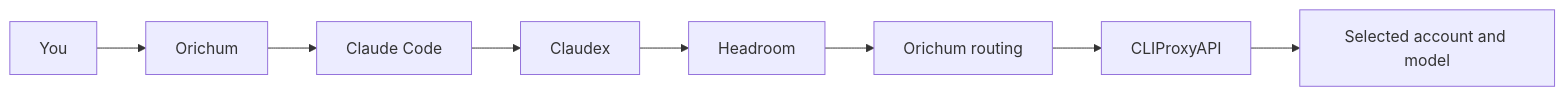
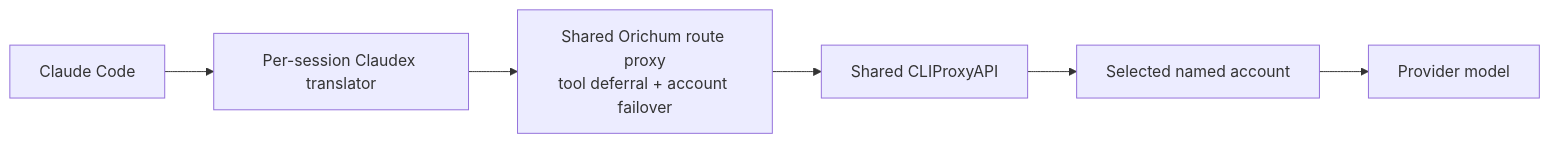
One commit to orichum/claudex-workflow changed the diagram in README.md. Above: the diagram before and after it, drawn with Mermaid. The commit also changed other lines of this file and 7 other files, not shown here.

Commit message:
Document LeanCTX-first tool routing

````diff
--- a/README.md
+++ b/README.md
@@ -220,10 +218,8 @@
 ```mermaid
 flowchart LR
-    U["You"] --> O["Orichum"]
-    O --> C["Claude Code"]
-    C --> X["Claudex"]
-    X --> H["Headroom"]
-    H --> R["Orichum routing"]
-    R --> P["CLIProxyAPI"]
-    P --> M["Selected account and model"]
+    C["Claude Code"] --> X["Per-session Claudex translator"]
+    X --> R["Shared Orichum route proxy<br/>tool deferral + account failover"]
+    R --> P["Shared CLIProxyAPI"]
+    P --> A["Selected named account"]
+    A --> M["Provider model"]
 ```
````
